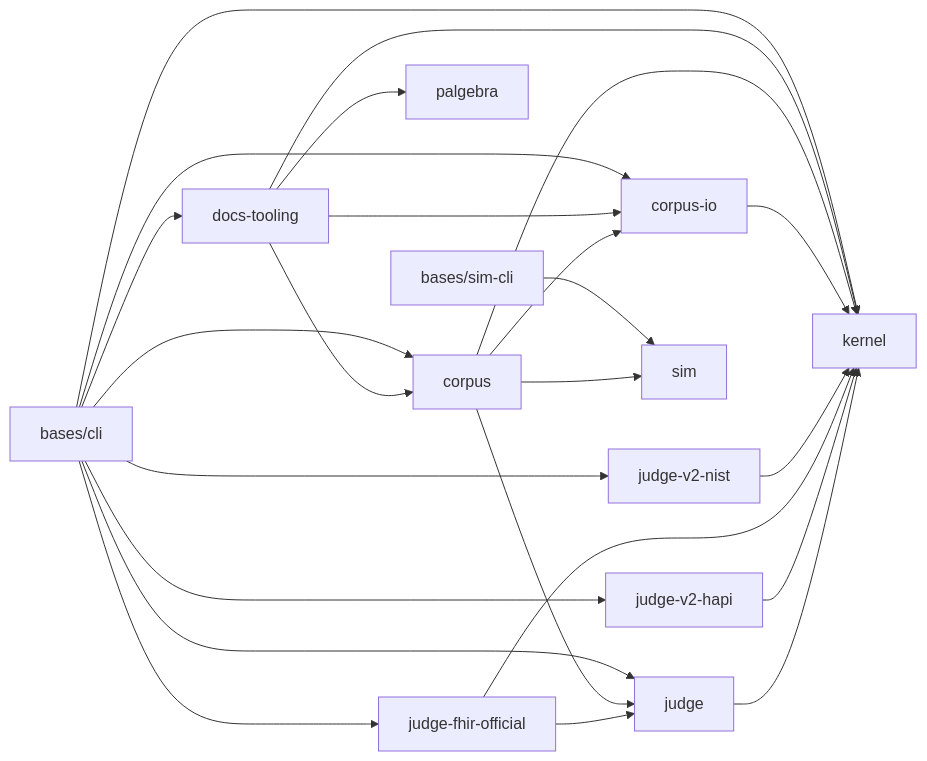
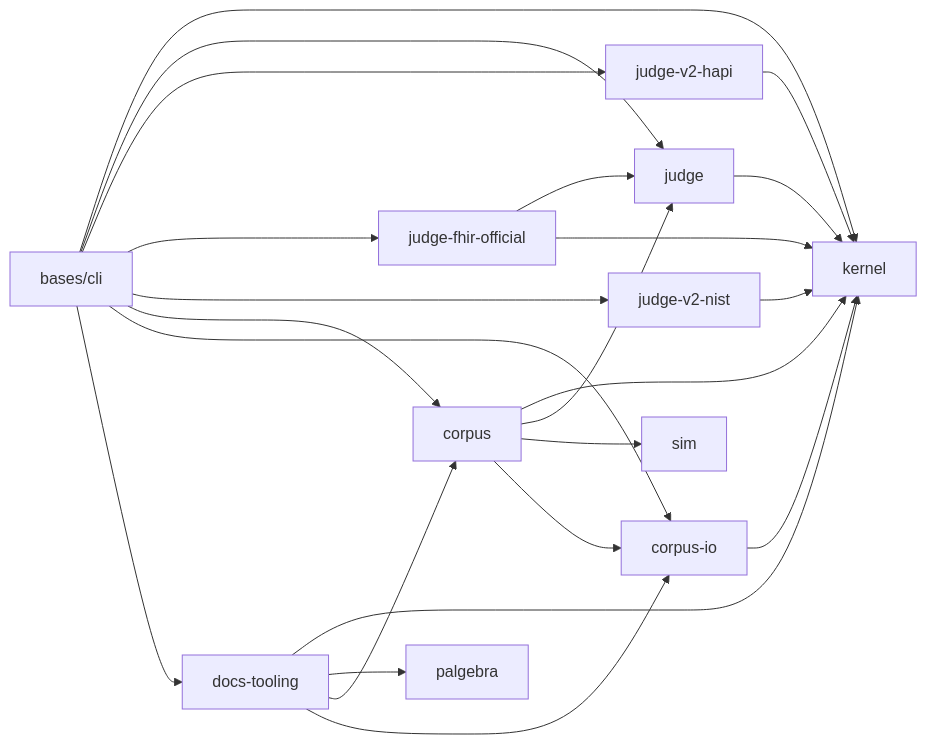
One commit to pragsmike/ehr-testing-tools changed the diagram in docs/dev/architecture.md. Above: the diagram before and after it, drawn with Mermaid. The commit also changed other lines of this file and 23 other files, not shown here.

First line of the commit message:
refactor: retire sim-cli and the sim project (F2 trigger fired, ruled 2026-08-01)

````diff
--- a/docs/dev/architecture.md
+++ b/docs/dev/architecture.md
@@ -25,39 +25,37 @@
 ```mermaid
 flowchart LR
     kernel[kernel]
     judge[judge]
     judgev2hapi[judge-v2-hapi]
     judgefhirofficial[judge-fhir-official]
     judgev2nist[judge-v2-nist]
     corpus[corpus]
     corpusio[corpus-io]
     docstooling[docs-tooling]
     palgebra[palgebra]
     sim[sim]
     cli[bases/cli]
-    simcli[bases/sim-cli]
 
     judge --> kernel
     judgev2hapi --> kernel
     judgefhirofficial --> judge
     judgefhirofficial --> kernel
     judgev2nist --> kernel
     corpusio --> kernel
     corpus --> kernel
     corpus --> judge
     corpus --> sim
     corpus --> corpusio
     docstooling --> kernel
     docstooling --> palgebra
     docstooling --> corpus
     docstooling --> corpusio
     cli --> kernel
     cli --> judge
     cli --> judgev2hapi
     cli --> judgefhirofficial
     cli --> judgev2nist
     cli --> corpus
     cli --> corpusio
     cli --> docstooling
-    simcli --> sim
 ```
````
